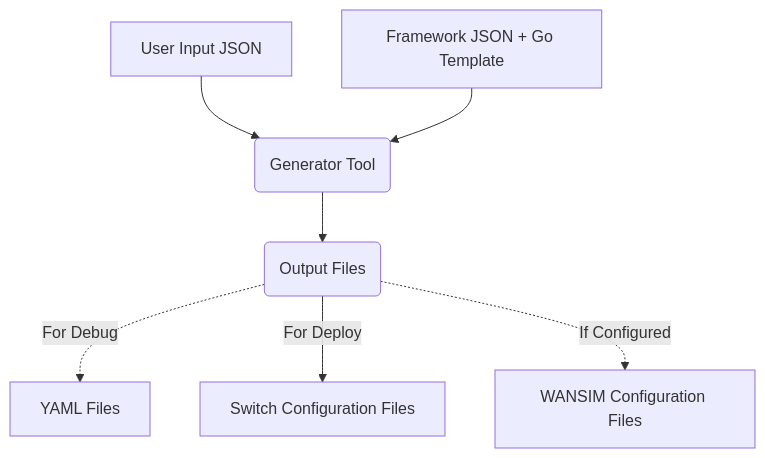
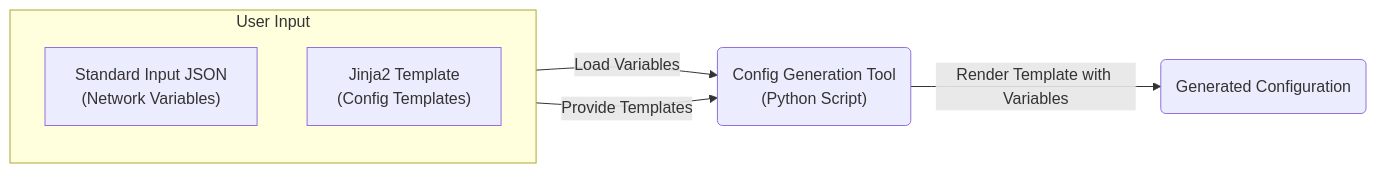
One commit to microsoft/AzureStack_Network_Switch_Config_Generator changed the first of 3 diagrams in README.md. Above: the diagram before and after it, drawn with Mermaid. The commit also changed other lines of this file and 189 other files, not shown here.

````diff
--- a/README.md
+++ b/README.md
@@ -16,16 +51,17 @@
 ```mermaid
-flowchart TD
-    A[Framework JSON + Go Template]
-    B[User Input JSON]
-    C(Generator Tool)
-    D(Output Files)
-    E[YAML Files]
-    F[Switch Configuration Files]
-    G[WANSIM Configuration Files]
-    B --> C
-    A --> C
-    C --> D
-    D -.-> |For Debug| E
-    D --> |For Deploy| F
-    D -.-> |If Configured| G
+flowchart LR
+    A["Standard Input JSON<br/>(Network Variables)"]
+    C["Jinja2 Template<br/>(Config Templates)"]
+    E("Config Generation Tool<br/>(Python Script)")
+    G(Generated Configuration)
+
+    A -->|Load Variables| E
+    C -->|Provide Templates| E
+    E -->|Render Template with Variables| G
+
+    subgraph User Input
+        direction TB
+        A
+        C
+    end
 ```
````
